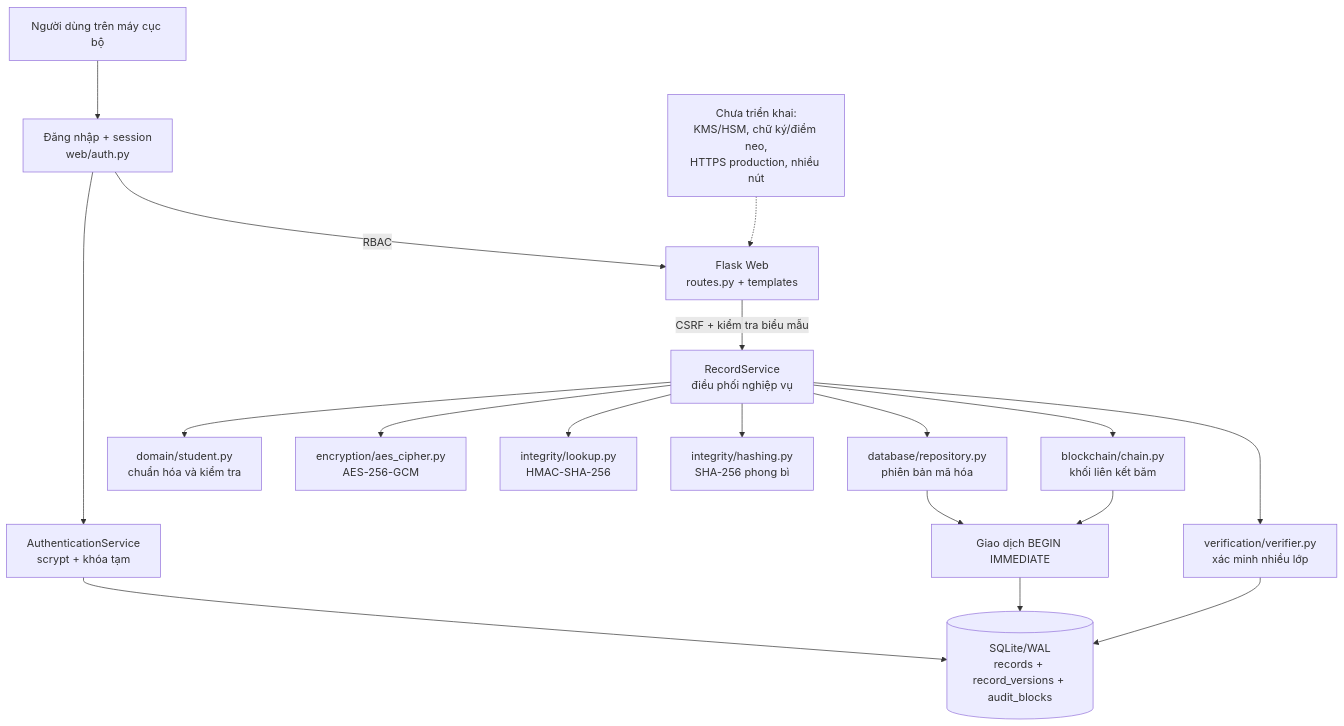
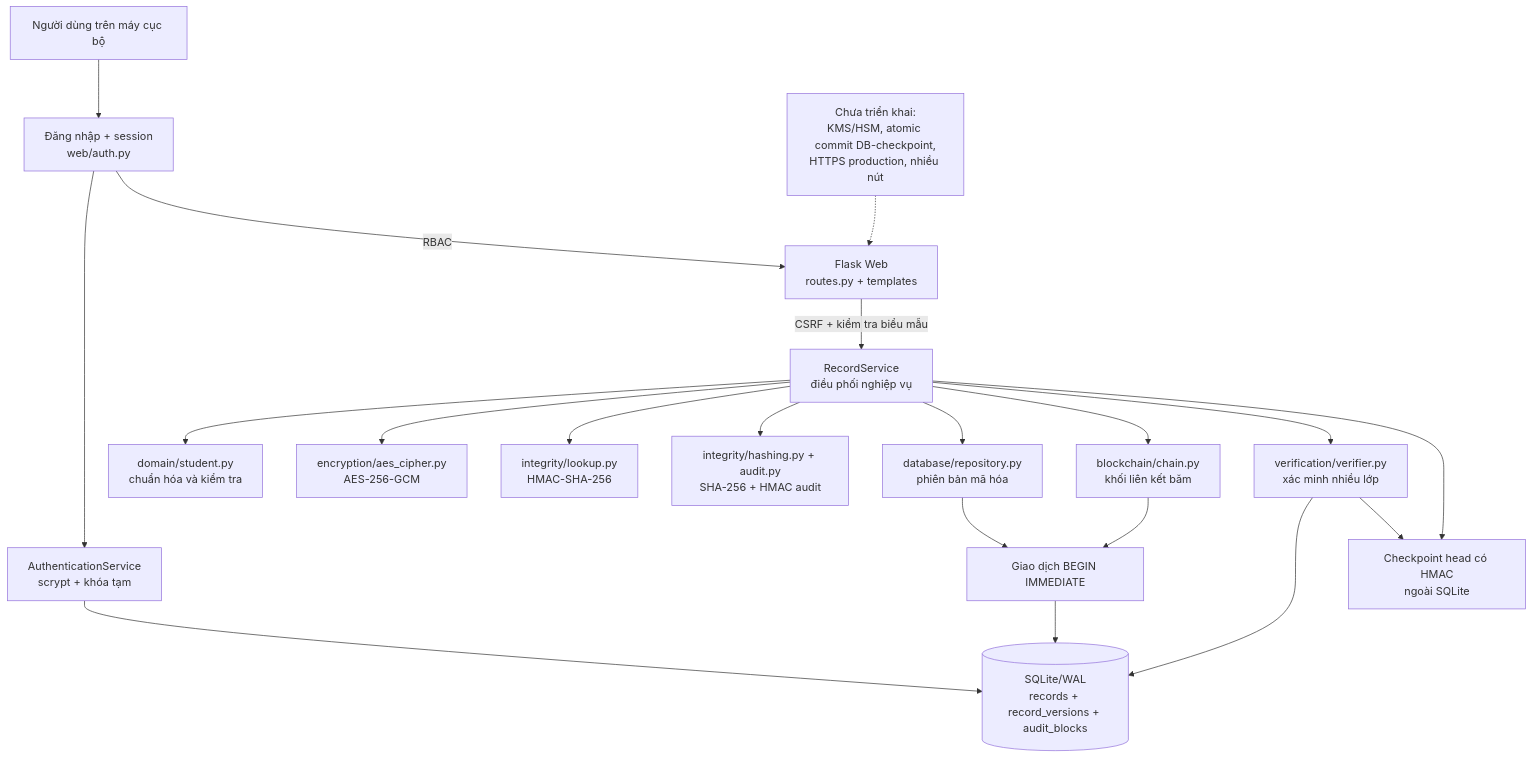
The diagram in README.md (hv6z/secureedu-authenticated-student-records), drawn with Mermaid before and after one commit. The commit also changed other lines of this file and 36 other files, not shown here.

````diff
--- a/README.md
+++ b/README.md
@@ -56,23 +58,25 @@
 ```mermaid
 flowchart TB
     U["Người dùng trên máy cục bộ"] --> A0["Đăng nhập + session<br/>web/auth.py"]
     A0 --> A1["AuthenticationService<br/>scrypt + khóa tạm"]
     A1 --> DB
     A0 -->|"RBAC"| W["Flask Web<br/>routes.py + templates"]
     W -->|"CSRF + kiểm tra biểu mẫu"| S["RecordService<br/>điều phối nghiệp vụ"]
 
     S --> D["domain/student.py<br/>chuẩn hóa và kiểm tra"]
     S --> A["encryption/aes_cipher.py<br/>AES-256-GCM"]
     S --> L["integrity/lookup.py<br/>HMAC-SHA-256"]
-    S --> H["integrity/hashing.py<br/>SHA-256 phong bì"]
+    S --> H["integrity/hashing.py + audit.py<br/>SHA-256 + HMAC audit"]
     S --> R["database/repository.py<br/>phiên bản mã hóa"]
     S --> C["blockchain/chain.py<br/>khối liên kết băm"]
     S --> V["verification/verifier.py<br/>xác minh nhiều lớp"]
 
     R --> T["Giao dịch BEGIN IMMEDIATE"]
     C --> T
     T --> DB[("SQLite/WAL<br/>records + record_versions + audit_blocks")]
     V --> DB
+    S --> P["Checkpoint head có HMAC<br/>ngoài SQLite"]
+    V --> P
 
-    N["Chưa triển khai:<br/>KMS/HSM, chữ ký/điểm neo,<br/>HTTPS production, nhiều nút"] -.-> W
+    N["Chưa triển khai:<br/>KMS/HSM, atomic commit DB-checkpoint,<br/>HTTPS production, nhiều nút"] -.-> W
 ```
````
